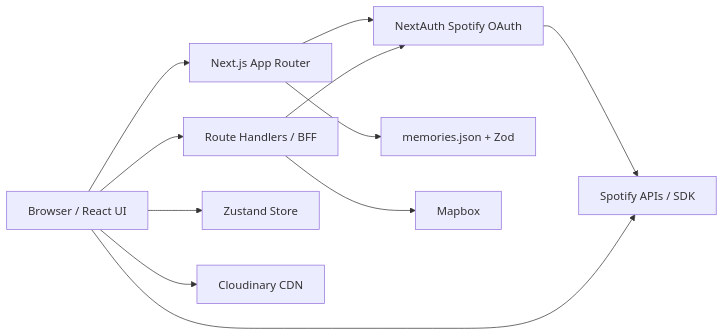
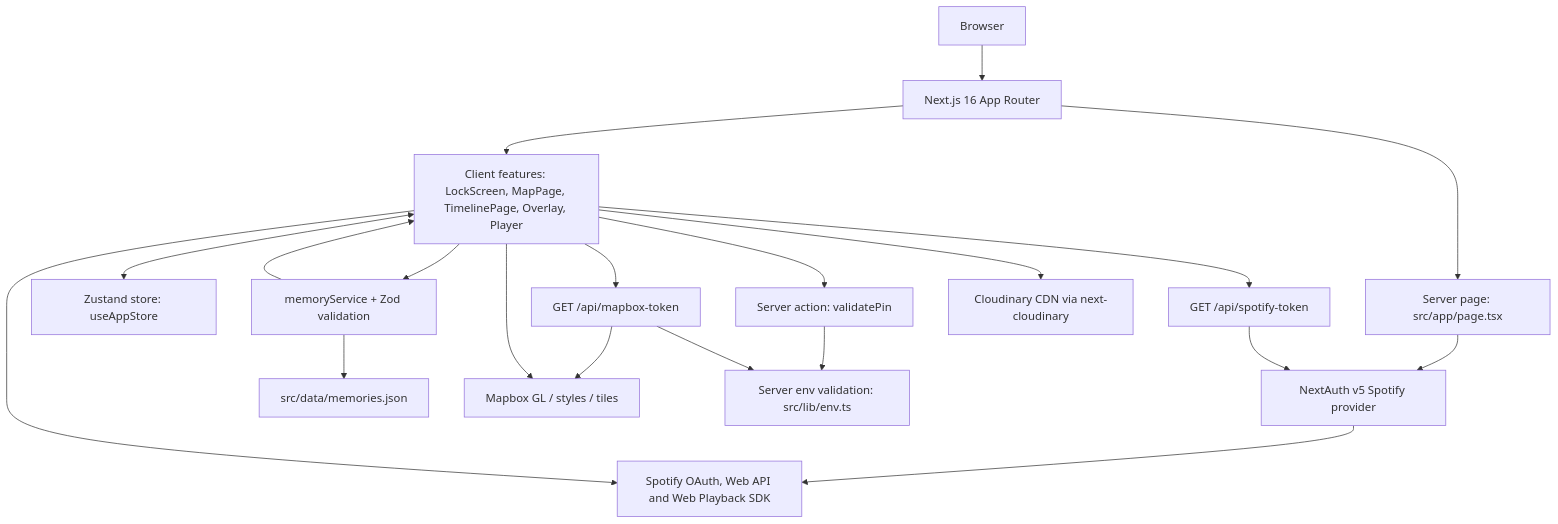
Before and after one commit to Claytonrss/our-journey: the first of 2 diagrams in docs/ARCHITECTURE.md, drawn with Mermaid. The commit also changed other lines of this file and 20 other files, not shown here.

First line of the commit message:
docs: reorganize documentation, consolidate architecture, create roadmap/backlog/changelog

````diff
--- a/docs/ARCHITECTURE.md
+++ b/docs/ARCHITECTURE.md
@@ -29,23 +29,38 @@
 ```mermaid
-flowchart LR
-  Browser["Browser / React UI"]
-  AppRouter["Next.js App Router"]
-  Routes["Route Handlers / BFF"]
-  Auth["NextAuth Spotify OAuth"]
-  Store["Zustand Store"]
-  Data["memories.json + Zod"]
-  Mapbox["Mapbox"]
-  Spotify["Spotify APIs / SDK"]
-  Cloudinary["Cloudinary CDN"]
+flowchart TB
+  Browser["Browser"]
+  NextApp["Next.js 16 App Router"]
+  ServerPage["Server page: src/app/page.tsx"]
+  ClientFeatures["Client features: LockScreen, MapPage, TimelinePage, Overlay, Player"]
+  Zustand["Zustand store: useAppStore"]
+  ServerActions["Server action: validatePin"]
+  RouteMapbox["GET /api/mapbox-token"]
+  RouteSpotify["GET /api/spotify-token"]
+  NextAuth["NextAuth v5 Spotify provider"]
+  MemoryService["memoryService + Zod validation"]
+  MemoriesJson["src/data/memories.json"]
+  Mapbox["Mapbox GL / styles / tiles"]
+  Spotify["Spotify OAuth, Web API and Web Playback SDK"]
+  Cloudinary["Cloudinary CDN via next-cloudinary"]
+  Env["Server env validation: src/lib/env.ts"]
 
-  Browser --> AppRouter
-  Browser --> Store
-  AppRouter --> Auth
-  AppRouter --> Data
-  Browser --> Routes
-  Routes --> Mapbox
-  Routes --> Auth
-  Auth --> Spotify
-  Browser --> Spotify
-  Browser --> Cloudinary
+  Browser --> NextApp
+  NextApp --> ServerPage
+  ServerPage --> NextAuth
+  NextApp --> ClientFeatures
+  ClientFeatures <--> Zustand
+  ClientFeatures --> ServerActions
+  ServerActions --> Env
+  ClientFeatures --> RouteMapbox
+  ClientFeatures --> RouteSpotify
+  RouteMapbox --> Env
+  RouteMapbox --> Mapbox
+  RouteSpotify --> NextAuth
+  NextAuth --> Spotify
+  ClientFeatures --> MemoryService
+  MemoryService --> MemoriesJson
+  MemoryService --> ClientFeatures
+  ClientFeatures --> Mapbox
+  ClientFeatures --> Spotify
+  ClientFeatures --> Cloudinary
 ```
````
